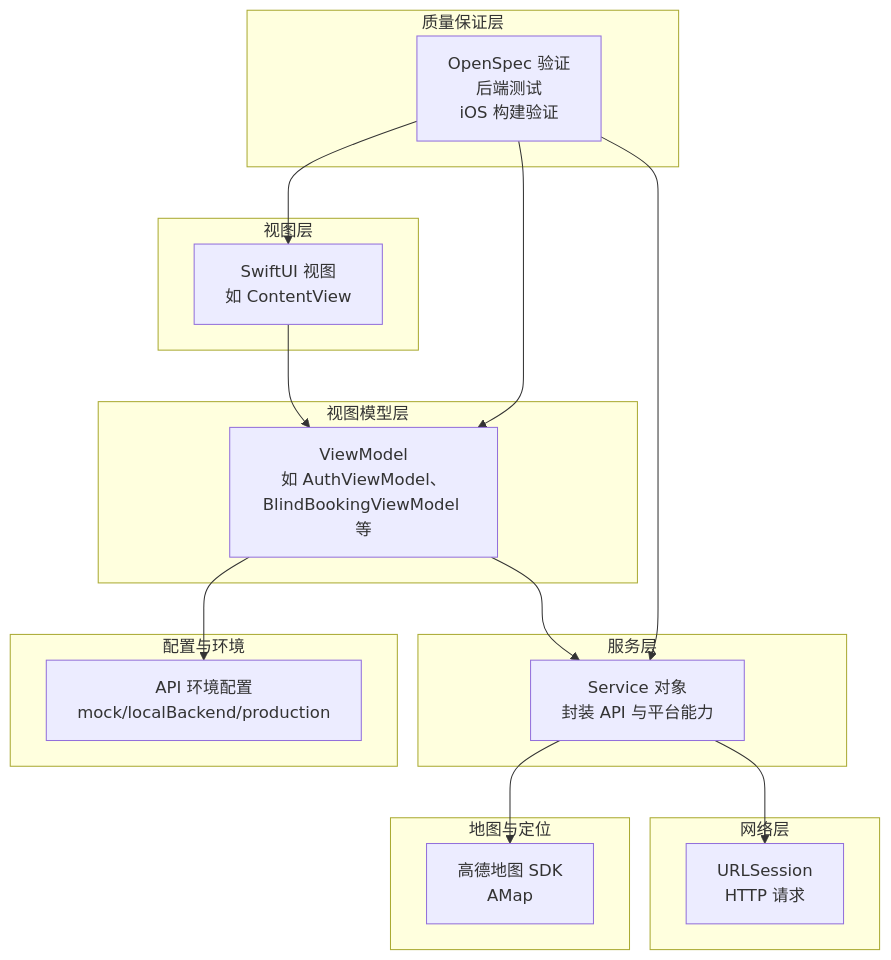
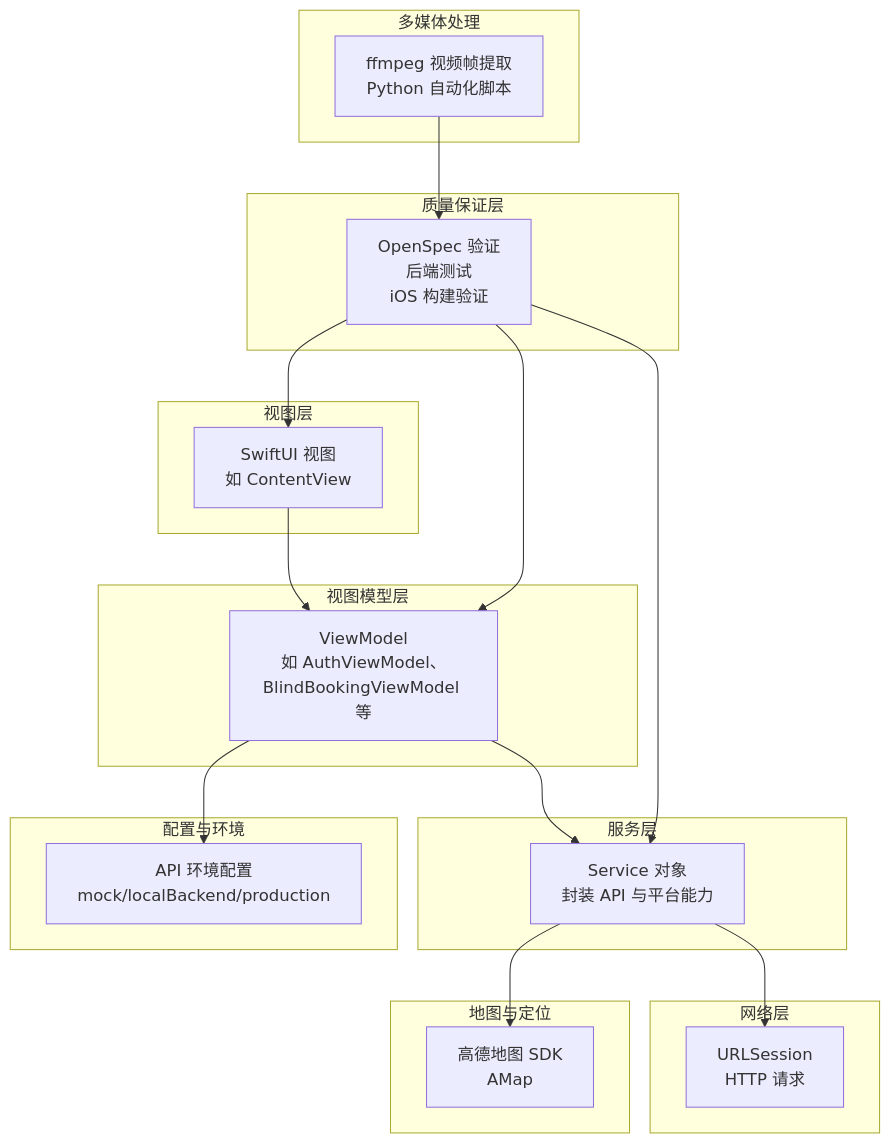
One commit to Jayden23018/blind-run-ios changed the second of 4 diagrams in .qoder/repowiki/zh/content/开发指南/开发环境配置/开发环境配置.md. Above: the diagram before and after it, drawn with Mermaid. The commit also changed other lines of this file and 29 other files, not shown here.

````diff
--- a/.qoder/repowiki/zh/content/开发指南/开发环境配置/开发环境配置.md
+++ b/.qoder/repowiki/zh/content/开发指南/开发环境配置/开发环境配置.md
@@ -115,32 +132,36 @@
 ```mermaid
 graph TB
 subgraph "视图层"
 V["SwiftUI 视图<br/>如 ContentView"]
 end
 subgraph "视图模型层"
 VM["ViewModel<br/>如 AuthViewModel、BlindBookingViewModel 等"]
 end
 subgraph "服务层"
 S["Service 对象<br/>封装 API 与平台能力"]
 end
 subgraph "网络层"
 N["URLSession<br/>HTTP 请求"]
 end
 subgraph "地图与定位"
 M["高德地图 SDK<br/>AMap"]
 end
 subgraph "配置与环境"
 C["API 环境配置<br/>mock/localBackend/production"]
 end
+subgraph "多媒体处理"
+MP["ffmpeg 视频帧提取<br/>Python 自动化脚本"]
+end
 subgraph "质量保证层"
 QA["OpenSpec 验证<br/>后端测试<br/>iOS 构建验证"]
 end
 V --> VM
 VM --> S
 S --> N
 S --> M
 VM --> C
+MP --> QA
 QA --> V
 QA --> VM
 QA --> S
 ```
````
